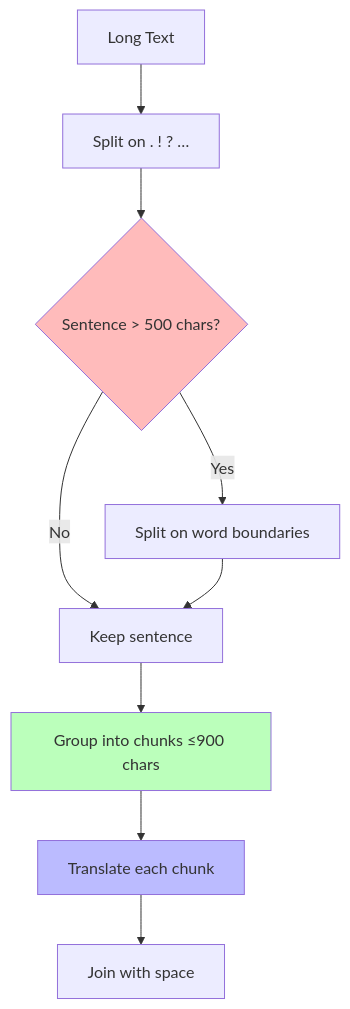
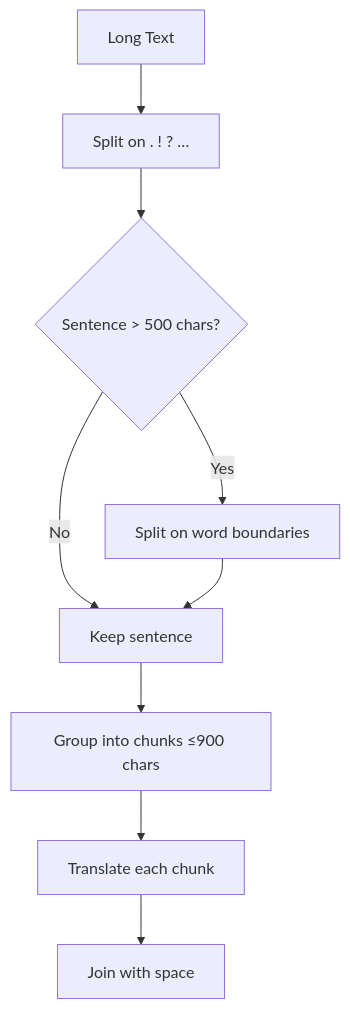
The fourth of 6 diagrams in Mostlylucid/Markdown/mostlylucid-nmt-complete-guide.md (Shaddix/mostlylucidweb), drawn with Mermaid before and after one commit. The commit also changed other lines of this file and 1 other file, not shown here.

````diff
--- a/Mostlylucid/Markdown/mostlylucid-nmt-complete-guide.md
+++ b/Mostlylucid/Markdown/mostlylucid-nmt-complete-guide.md
@@ -269,16 +588,13 @@
 ```mermaid
 graph TD
     A[Long Text] --> B[Split on . ! ? …]
     B --> C{Sentence > 500 chars?}
     C -->|Yes| D[Split on word boundaries]
     C -->|No| E[Keep sentence]
     D --> E
 
     E --> F[Group into chunks ≤900 chars]
     F --> G[Translate each chunk]
     G --> H[Join with space]
 
-    style C fill:#fbb
-    style F fill:#bfb
-    style G fill:#bbf
 ```
````
